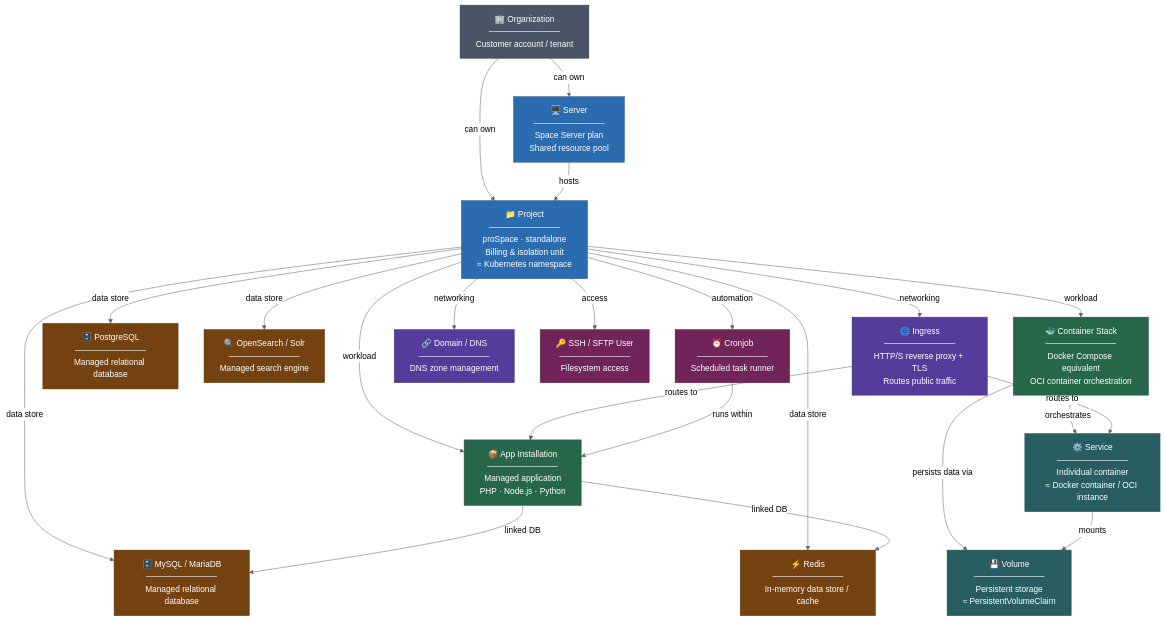
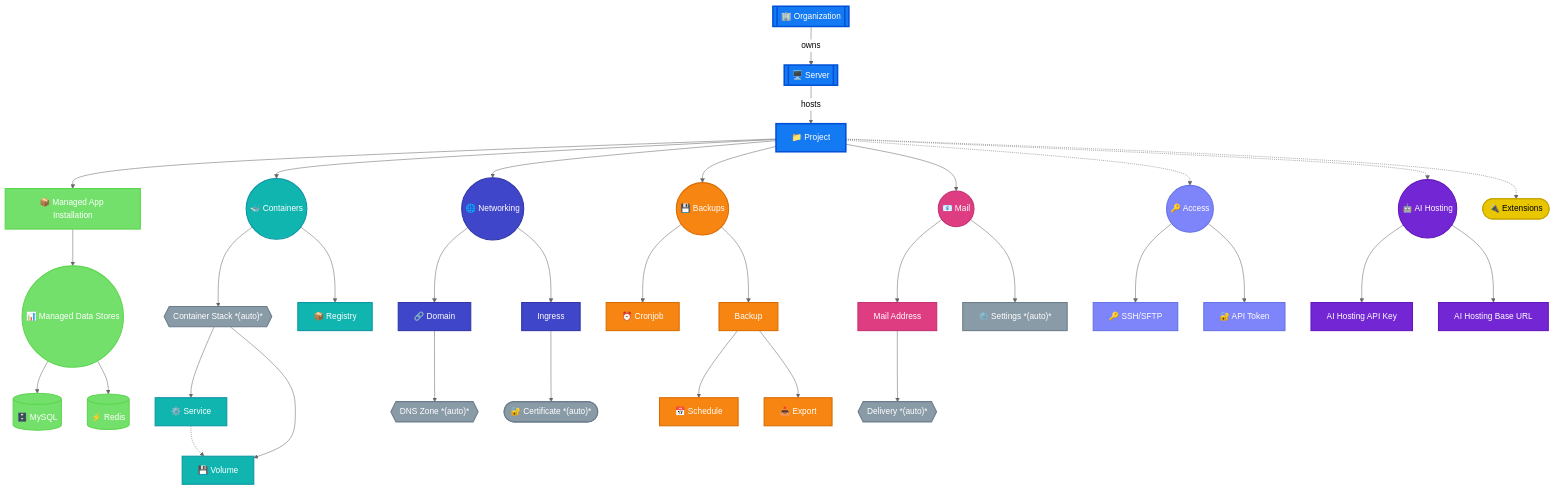
Before and after one commit to mittwald/developer-portal: the diagram in docs/platform/overview.mdx, drawn with Mermaid (neutral theme). The commit also changed other lines of this file and 3 other files, not shown here.

Commit message:
Add diagram viewer component, use on overview page, polish

````diff
--- a/docs/platform/overview.mdx
+++ b/docs/platform/overview.mdx
@@ -18,70 +26,109 @@
 ```mermaid
 graph TD
-    ORG["🏢 Organization\n────────────\nCustomer account / tenant"]
+    ORG[["🏢 Organization"]]
+    SERVER[["🖥️ Server"]]
+    
+    PROJECT["📁 Project"]
+    
+    APP["📦 Managed App Installation"]
+    CONTAINERS(("🐳 Containers"))
+    NETWORKING(("🌐 Networking"))
+    BACKUPS(("💾 Backups"))
+    MAIL(("📧 Mail"))
+    ACCESS(("🔑 Access"))
+    AIHOST(("🤖 AI Hosting"))
+    EXTENSIONS(["🔌 Extensions"])
+    
+    DATASTORES(("📊 Managed Data Stores"))
+    MYSQL[("🗄️ MySQL")]
+    REDIS[("⚡ Redis")]
+    
+    STACK{{"Container Stack *(auto)*"}}
+    SERVICE["⚙️ Service"]
+    VOLUME["💾 Volume"]
+    REGISTRY["📦 Registry"]
+    
+    DOMAIN["🔗 Domain"]
+    DNSZONE{{"DNS Zone *(auto)*"}}
+    INGRESS["Ingress"]
+    CERT(["🔐 Certificate *(auto)*"])
+    
+    CRONJOB["⏰ Cronjob"]
+    BACKUP["Backup"]
+    BACKUPSCHED["📅 Schedule"]
+    BACKUPEXPORT["📥 Export"]
+    
+    MAILADDR["Mail Address"]
+    DELIVERYBOX{{"Delivery *(auto)*"}}
+    MAILSETTINGS["⚙️ Settings *(auto)*"]
+    
+    SSHSFTP["🔑 SSH/SFTP"]
+    APITOKEN["🔐 API Token"]
+    
+    AIHOSTKEY["AI Hosting API Key"]
+    AIHOST_URL["AI Hosting Base URL"]
 
-    SERVER["🖥️ Server\n────────────\nSpace Server plan\nShared resource pool"]
-    PROJECT["📁 Project\n────────────\nproSpace · standalone\nBilling & isolation unit\n≈ Kubernetes namespace"]
+    ORG -->|owns| SERVER
+    SERVER -->|hosts| PROJECT
 
-    APP["📦 App Installation\n────────────\nManaged application\nPHP · Node.js · Python"]
-    STACK["🐳 Container Stack\n────────────\nDocker Compose equivalent\nOCI container orchestration"]
+    PROJECT --> APP
+    PROJECT --> CONTAINERS
+    PROJECT --> NETWORKING
+    PROJECT --> BACKUPS
+    PROJECT --> MAIL
+    PROJECT -.-> ACCESS
+    PROJECT -.-> AIHOST
+    PROJECT -.-> EXTENSIONS
 
-    SERVICE["⚙️ Service\n────────────\nIndividual container\n≈ Docker container / OCI instance"]
-    VOLUME["💾 Volume\n────────────\nPersistent storage\n≈ PersistentVolumeClaim"]
+    APP --> DATASTORES
+    DATASTORES --> MYSQL
+    DATASTORES --> REDIS
 
-    MYSQL["🗄️ MySQL / MariaDB\n────────────\nManaged relational database"]
-    PGSQL["🗄️ PostgreSQL\n────────────\nManaged relational database"]
-    REDIS["⚡ Redis\n────────────\nIn-memory data store / cache"]
-    OPENSEARCH["🔍 OpenSearch / Solr\n────────────\nManaged search engine"]
+    CONTAINERS --> STACK
+    CONTAINERS --> REGISTRY
+    STACK --> SERVICE
+    STACK --> VOLUME
+    SERVICE -.-> VOLUME
 
-    INGRESS["🌐 Ingress\n────────────\nHTTP/S reverse proxy + TLS\nRoutes public traffic"]
-    DOMAIN["🔗 Domain / DNS\n────────────\nDNS zone management"]
+    NETWORKING --> DOMAIN
+    NETWORKING --> INGRESS
+    DOMAIN --> DNSZONE
+    INGRESS --> CERT
 
-    SSH["🔑 SSH / SFTP User\n────────────\nFilesystem access"]
-    CRON["⏰ Cronjob\n────────────\nScheduled task runner"]
+    BACKUPS --> CRONJOB
+    BACKUPS --> BACKUP
+    BACKUP --> BACKUPSCHED
+    BACKUP --> BACKUPEXPORT
 
-    ORG -->|"can own"| SERVER
-    ORG -->|"can own"| PROJECT
-    SERVER -->|"hosts"| PROJECT
+    MAIL --> MAILADDR
+    MAILADDR --> DELIVERYBOX
+    MAIL --> MAILSETTINGS
 
-    PROJECT -->|"workload"| APP
-    PROJECT -->|"workload"| STACK
+    ACCESS --> SSHSFTP
+    ACCESS --> APITOKEN
 
-    PROJECT -->|"data store"| MYSQL
-    PROJECT -->|"data store"| PGSQL
-    PROJECT -->|"data store"| REDIS
-    PROJECT -->|"data store"| OPENSEARCH
+    AIHOST --> AIHOSTKEY
+    AIHOST --> AIHOST_URL
 
-    PROJECT -->|"networking"| INGRESS
-    PROJECT -->|"networking"| DOMAIN
+    classDef brandOrg fill:#147af3,stroke:#0050d8,color:#fff,stroke-width:3px
+    classDef managed fill:#72e06a,stroke:#5cd54f,color:#fff,stroke-width:2px
+    classDef containers fill:#0fb5ae,stroke:#0a94a1,color:#fff,stroke-width:2px
+    classDef networking fill:#4046ca,stroke:#3035a7,color:#fff,stroke-width:2px
+    classDef backups fill:#f68511,stroke:#d96b00,color:#fff,stroke-width:2px
+    classDef mail fill:#de3d82,stroke:#c1326f,color:#fff,stroke-width:2px
+    classDef access fill:#7e84fa,stroke:#6572e5,color:#fff,stroke-width:2px
+    classDef aiHosting fill:#7326d3,stroke:#6217bb,color:#fff,stroke-width:2px
+    classDef extensions fill:#e8c600,stroke:#c9a400,color:#000,stroke-width:2px
+    classDef autocreated fill:#8a9ba8,stroke:#6b7c8a,color:#fff
 
-    PROJECT -->|"access"| SSH
-    PROJECT -->|"automation"| CRON
-
-    STACK -->|"orchestrates"| SERVICE
-    STACK -->|"persists data via"| VOLUME
-    SERVICE -->|"mounts"| VOLUME
-
-    INGRESS -->|"routes to"| APP
-    INGRESS -->|"routes to"| SERVICE
-
-    APP -->|"linked DB"| MYSQL
-    APP -->|"linked DB"| REDIS
-
-    CRON -->|"runs within"| APP
-
-    classDef org fill:#4a5568,stroke:#2d3748,color:#fff
-    classDef hosting fill:#2b6cb0,stroke:#2c5282,color:#fff
-    classDef workload fill:#276749,stroke:#22543d,color:#fff
-    classDef container fill:#285e61,stroke:#234e52,color:#fff
-    classDef database fill:#744210,stroke:#5c3707,color:#fff
-    classDef network fill:#553c9a,stroke:#44337a,color:#fff
-    classDef access fill:#702459,stroke:#521b41,color:#fff
-
-    class ORG org
-    class SERVER,PROJECT hosting
-    class APP,STACK workload
-    class SERVICE,VOLUME container
-    class MYSQL,PGSQL,REDIS,OPENSEARCH database
-    class INGRESS,DOMAIN network
-    class SSH,CRON access
+    class ORG,SERVER,PROJECT brandOrg
+    class APP,DATASTORES,MYSQL,REDIS managed
+    class CONTAINERS,STACK,SERVICE,VOLUME,REGISTRY containers
+    class NETWORKING,DOMAIN,DNSZONE,INGRESS,CERT networking
+    class BACKUPS,CRONJOB,BACKUP,BACKUPSCHED,BACKUPEXPORT backups
+    class MAIL,MAILADDR,DELIVERYBOX,MAILSETTINGS mail
+    class ACCESS,SSHSFTP,APITOKEN access
+    class AIHOST,AIHOSTKEY,AIHOST_URL aiHosting
+    class EXTENSIONS extensions
+    class STACK,DNSZONE,CERT,DELIVERYBOX,MAILSETTINGS autocreated
 ```
````
